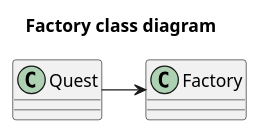
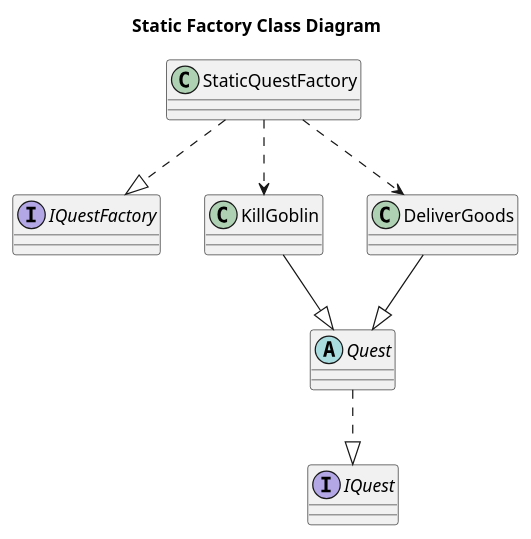
One commit to wuran-github/Pattern changed the second of 2 diagrams in PatternUML/Factory.plantuml. Above: the diagram before and after it, drawn with PlantUML. The commit also changed other lines of this file and 10 other files, not shown here.

Commit message:
add abstract factory

```diff
--- a/PatternUML/Factory.plantuml
+++ b/PatternUML/Factory.plantuml
@@ -1,7 +32,20 @@
 @startuml
-title Factory class diagram
-class Quest
-class Factory
-Quest -> Factory
+title Static Factory Class Diagram
+interface IQuest
+interface IQuestFactory
 
+abstract class Quest
+class KillGoblin
+class DeliverGoods
+
+class StaticQuestFactory
+
+Quest ..|> IQuest
+StaticQuestFactory ..|> IQuestFactory
+
+KillGoblin --|> Quest
+DeliverGoods --|> Quest
+
+StaticQuestFactory ..> KillGoblin
+StaticQuestFactory ..> DeliverGoods
 @enduml
```
